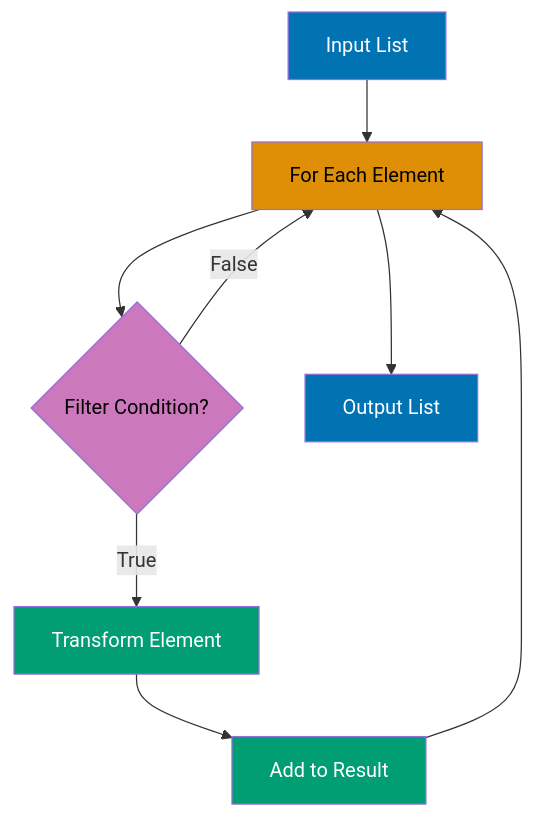
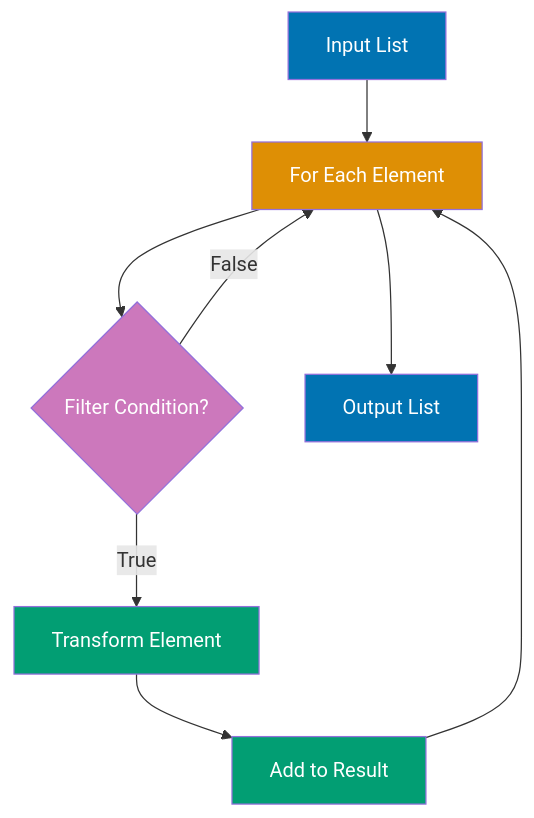
The second of 2 diagrams in apps/ayokoding-web/content/en/learn/software-engineering/programming-languages/python/by-example/overview.md (wahidyankf/open-sharia-enterprise), drawn with Mermaid before and after one commit. The commit also changed 61 other files, not shown here.

First line of the commit message:
fix(ayokoding-web): quote Mermaid node labels with special characters in Example 63

````diff
--- a/apps/ayokoding-web/content/en/learn/software-engineering/programming-languages/python/by-example/overview.md
+++ b/apps/ayokoding-web/content/en/learn/software-engineering/programming-languages/python/by-example/overview.md
@@ -104,18 +104,18 @@
 ```mermaid
 %% List comprehension flow
 graph TD
     A[Input List] --> B[For Each Element]
     B --> C{Filter Condition?}
     C -->|True| D[Transform Element]
     C -->|False| B
     D --> E[Add to Result]
     E --> B
     B --> F[Output List]
 
     style A fill:#0173B2,color:#fff
-    style B fill:#DE8F05,color:#000
-    style C fill:#CC78BC,color:#000
+    style B fill:#DE8F05,color:#fff
+    style C fill:#CC78BC,color:#fff
     style D fill:#029E73,color:#fff
     style E fill:#029E73,color:#fff
     style F fill:#0173B2,color:#fff
 ```
````
